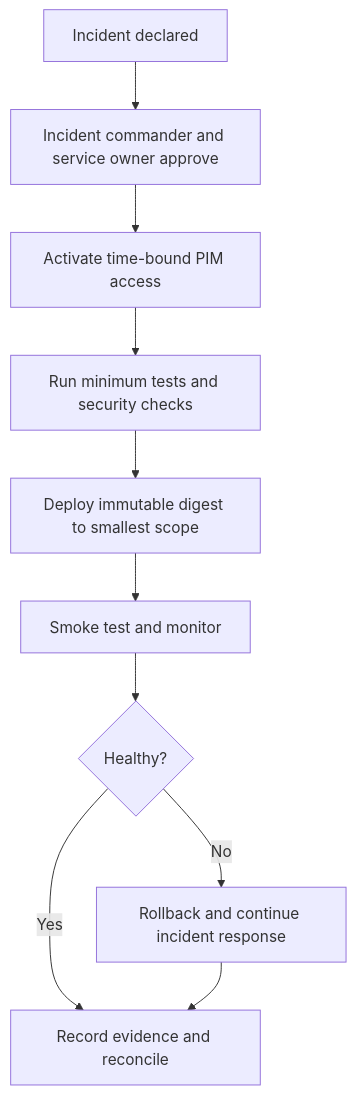
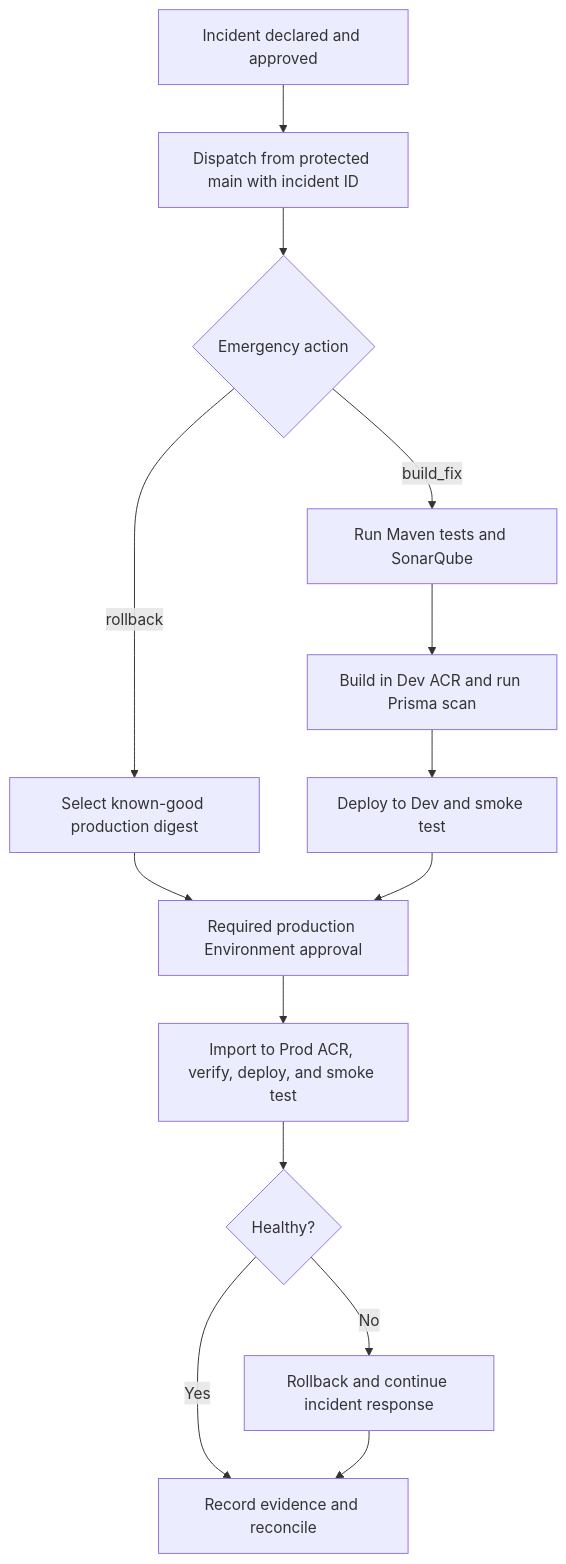
The fifth of 5 diagrams in Azure_DevSecOps_Platform_Assessment.md (Nisharunnisa-Shaik/azure-enterprise-devops-platform), drawn with Mermaid before and after one commit. The commit also changed other lines of this file and 7 other files, not shown here.

````diff
--- a/Azure_DevSecOps_Platform_Assessment.md
+++ b/Azure_DevSecOps_Platform_Assessment.md
@@ -288,12 +347,16 @@
 ```mermaid
 flowchart TD
-    A[Incident declared] --> B[Incident commander and service owner approve]
-    B --> C[Activate time-bound PIM access]
-    C --> D[Run minimum tests and security checks]
-    D --> E[Deploy immutable digest to smallest scope]
-    E --> F[Smoke test and monitor]
-    F --> G{Healthy?}
-    G -- Yes --> H[Record evidence and reconcile]
-    G -- No --> I[Rollback and continue incident response]
-    I --> H
+    A[Incident declared and approved] --> B[Dispatch from protected main with incident ID]
+    B --> C{Emergency action}
+    C -- rollback --> D[Select known-good production digest]
+    C -- build_fix --> E[Run Maven tests and SonarQube]
+    E --> F[Build in Dev ACR and run Prisma scan]
+    F --> G[Deploy to Dev and smoke test]
+    D --> H[Required production Environment approval]
+    G --> H
+    H --> I[Import to Prod ACR, verify, deploy, and smoke test]
+    I --> J{Healthy?}
+    J -- Yes --> K[Record evidence and reconcile]
+    J -- No --> L[Rollback and continue incident response]
+    L --> K
 ```
````
